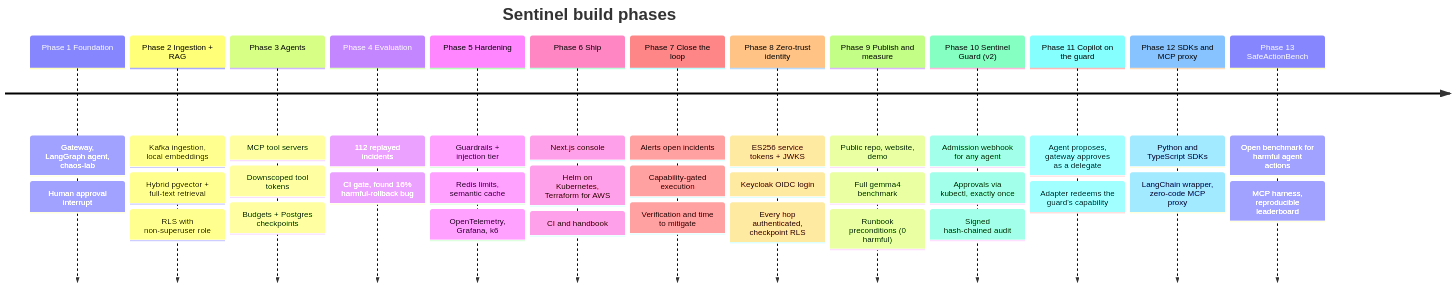
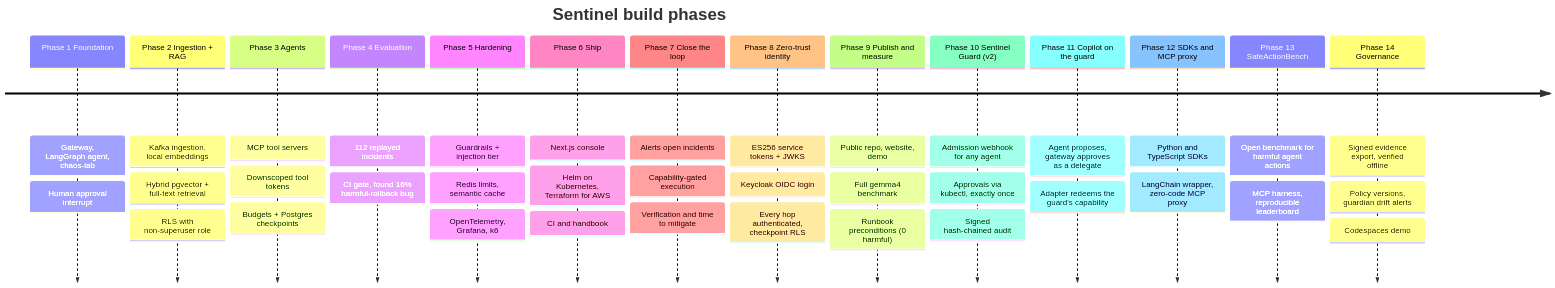
Before and after one commit to abdulmdev/sentinel-incident-copilot: the diagram in docs/handbook/diagrams/01-timeline.mmd, drawn with Mermaid. The commit also changed 60 other files, not shown here.

First line of the commit message:
Governance and compliance: signed evidence export, policy versions, guardian alerts, and a one-click Codespaces demo

```diff
--- a/docs/handbook/diagrams/01-timeline.mmd
+++ b/docs/handbook/diagrams/01-timeline.mmd
@@ -1,15 +1,16 @@
 timeline
   title Sentinel build phases
   Phase 1 Foundation : Gateway, LangGraph agent, chaos-lab : Human approval interrupt
   Phase 2 Ingestion + RAG : Kafka ingestion, local embeddings : Hybrid pgvector + full-text retrieval : RLS with non-superuser role
   Phase 3 Agents : MCP tool servers : Downscoped tool tokens : Budgets + Postgres checkpoints
   Phase 4 Evaluation : 112 replayed incidents : CI gate, found 16% harmful-rollback bug
   Phase 5 Hardening : Guardrails + injection tier : Redis limits, semantic cache : OpenTelemetry, Grafana, k6
   Phase 6 Ship : Next.js console : Helm on Kubernetes, Terraform for AWS : CI and handbook
   Phase 7 Close the loop : Alerts open incidents : Capability-gated execution : Verification and time to mitigate
   Phase 8 Zero-trust identity : ES256 service tokens + JWKS : Keycloak OIDC login : Every hop authenticated, checkpoint RLS
   Phase 9 Publish and measure : Public repo, website, demo : Full gemma4 benchmark : Runbook preconditions (0 harmful)
   Phase 10 Sentinel Guard (v2) : Admission webhook for any agent : Approvals via kubectl, exactly once : Signed hash-chained audit
   Phase 11 Copilot on the guard : Agent proposes, gateway approves as a delegate : Adapter redeems the guard's capability
   Phase 12 SDKs and MCP proxy : Python and TypeScript SDKs : LangChain wrapper, zero-code MCP proxy
   Phase 13 SafeActionBench : Open benchmark for harmful agent actions : MCP harness, reproducible leaderboard
+  Phase 14 Governance : Signed evidence export, verified offline : Policy versions, guardian drift alerts : Codespaces demo
```
